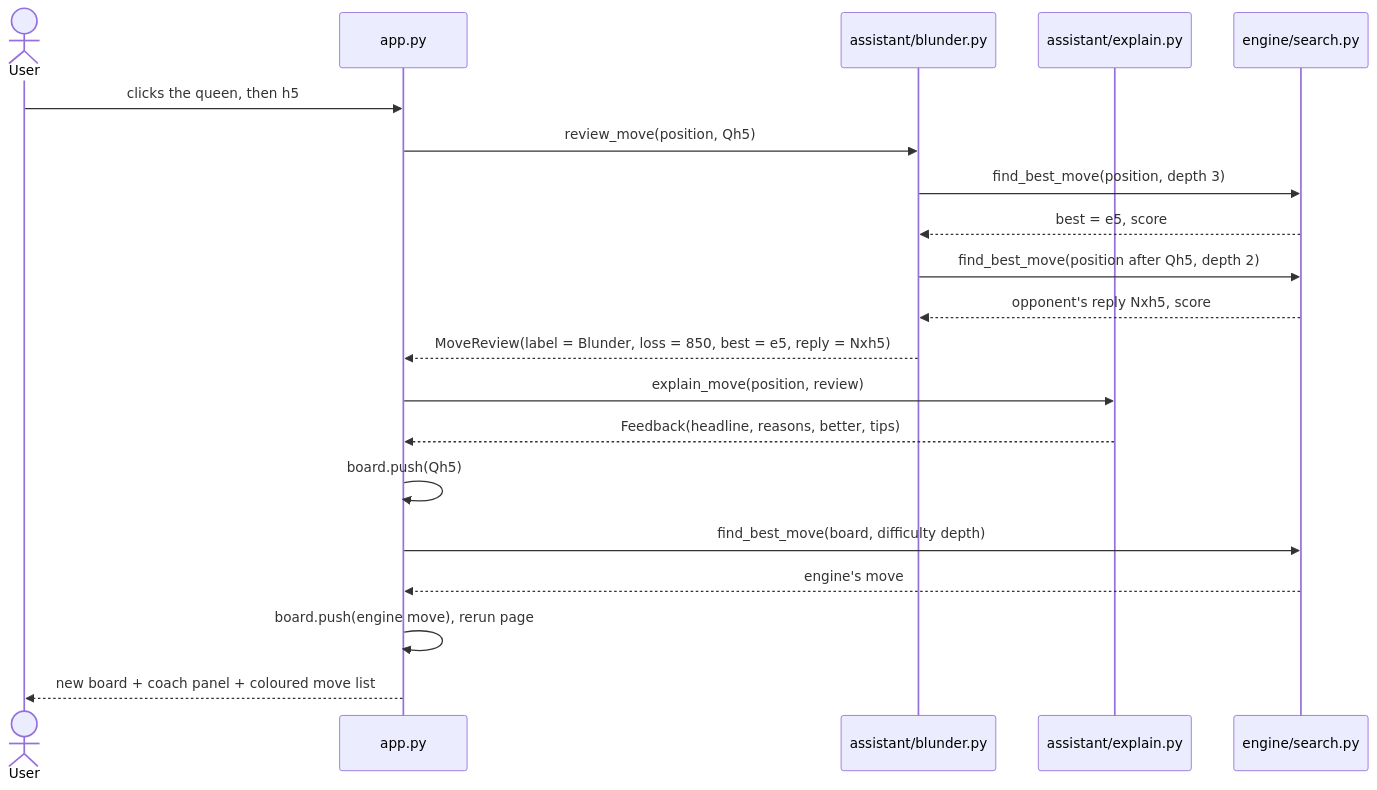
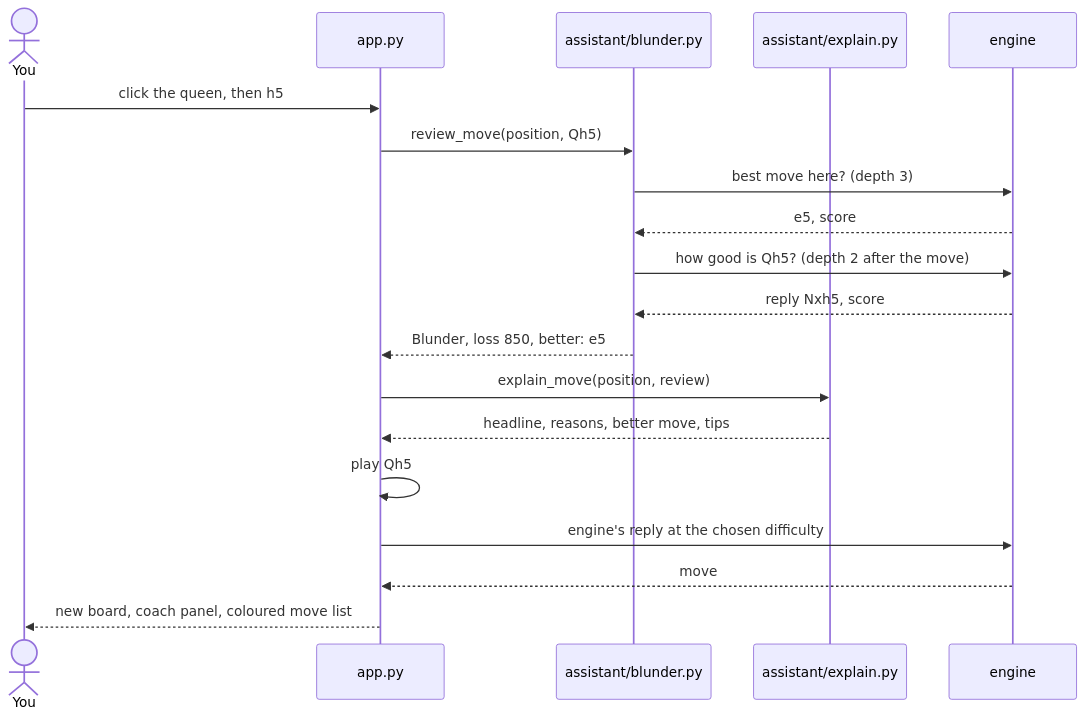
One commit to astrilo-monk/ai-project-clg changed the second of 2 diagrams in docs/JOURNAL.md. Above: the diagram before and after it, drawn with Mermaid. The commit also changed other lines of this file and 25 other files, not shown here.

````diff
--- a/docs/JOURNAL.md
+++ b/docs/JOURNAL.md
@@ -87,22 +78,21 @@
 ```mermaid
 sequenceDiagram
-    actor U as User
+    actor U as You
     participant A as app.py
     participant B as assistant/blunder.py
     participant X as assistant/explain.py
-    participant E as engine/search.py
-    U->>A: clicks the queen, then h5
+    participant E as engine
+    U->>A: click the queen, then h5
     A->>B: review_move(position, Qh5)
-    B->>E: find_best_move(position, depth 3)
-    E-->>B: best = e5, score
-    B->>E: find_best_move(position after Qh5, depth 2)
-    E-->>B: opponent's reply Nxh5, score
-    B-->>A: MoveReview(label = Blunder, loss = 850, best = e5, reply = Nxh5)
+    B->>E: best move here? (depth 3)
+    E-->>B: e5, score
+    B->>E: how good is Qh5? (depth 2 after the move)
+    E-->>B: reply Nxh5, score
+    B-->>A: Blunder, loss 850, better: e5
     A->>X: explain_move(position, review)
-    X-->>A: Feedback(headline, reasons, better, tips)
-    A->>A: board.push(Qh5)
-    A->>E: find_best_move(board, difficulty depth)
-    E-->>A: engine's move
-    A->>A: board.push(engine move), rerun page
-    A-->>U: new board + coach panel + coloured move list
+    X-->>A: headline, reasons, better move, tips
+    A->>A: play Qh5
+    A->>E: engine's reply at the chosen difficulty
+    E-->>A: move
+    A-->>U: new board, coach panel, coloured move list
 ```
````
